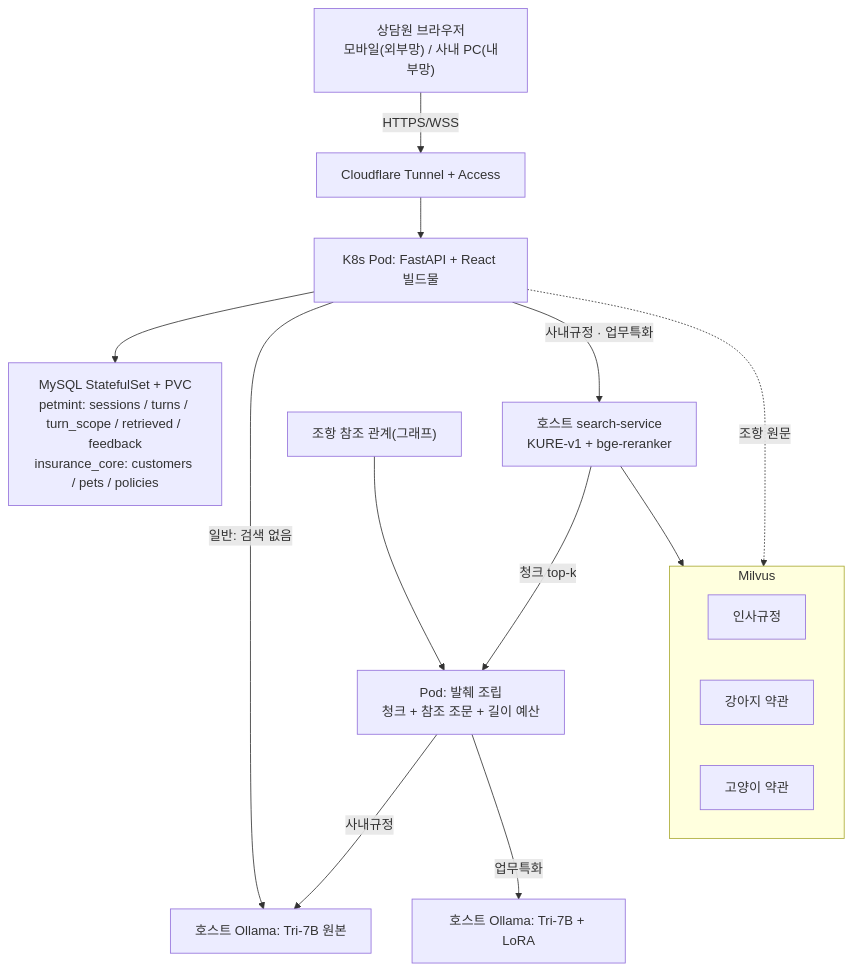
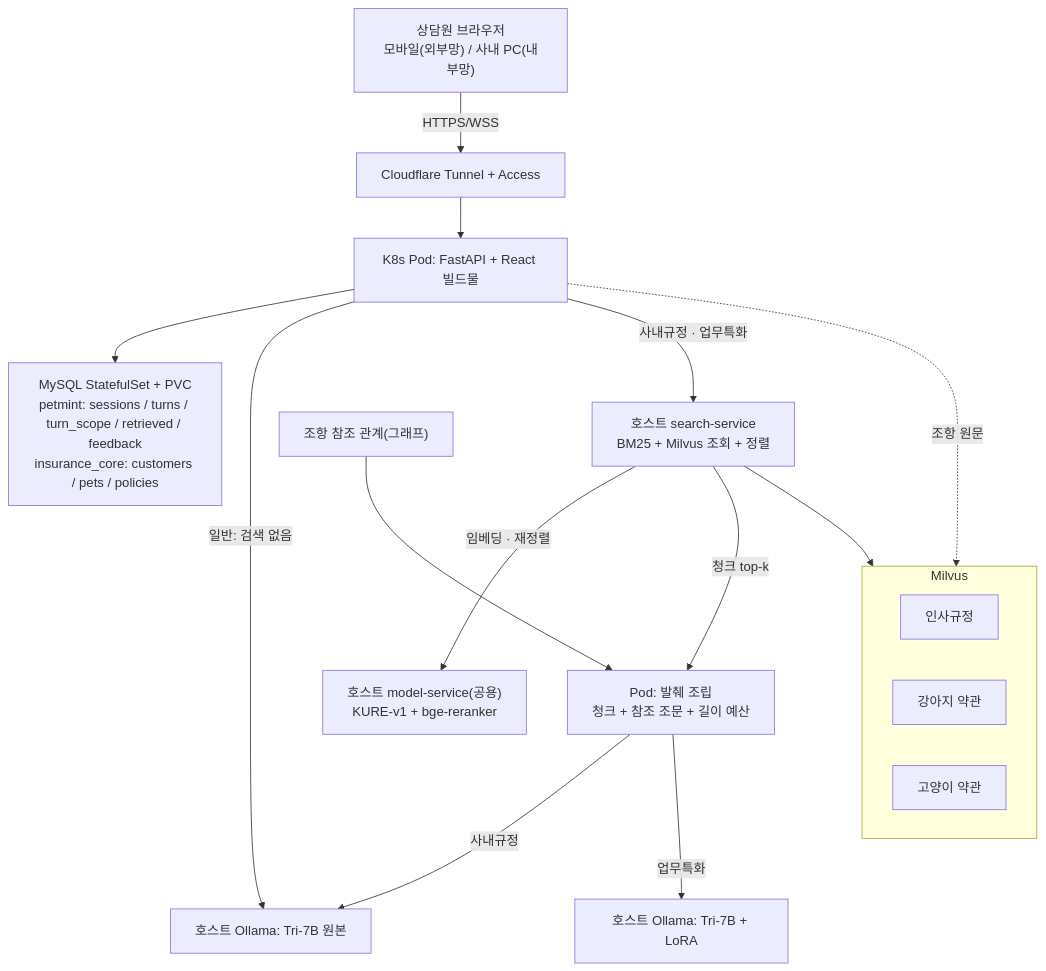
One commit to Gabriel-Joo/petmint-rag-chatbot changed the second of 2 diagrams in docs/pipeline.md. Above: the diagram before and after it, drawn with Mermaid. The commit also changed other lines of this file and 6 other files, not shown here.

````diff
--- a/docs/pipeline.md
+++ b/docs/pipeline.md
@@ -56,30 +56,32 @@
 ```mermaid
 flowchart TD
     A["상담원 브라우저<br/>모바일(외부망) / 사내 PC(내부망)"]
     B["Cloudflare Tunnel + Access"]
     C["K8s Pod: FastAPI + React 빌드물"]
     M["MySQL StatefulSet + PVC<br/>petmint: sessions / turns / turn_scope / retrieved / feedback<br/>insurance_core: customers / pets / policies"]
-    S["호스트 search-service<br/>KURE-v1 + bge-reranker"]
+    S["호스트 search-service<br/>BM25 + Milvus 조회 + 정렬"]
+    MS["호스트 model-service(공용)<br/>KURE-v1 + bge-reranker"]
     I["조항 참조 관계(그래프)"]
     P["Pod: 발췌 조립<br/>청크 + 참조 조문 + 길이 예산"]
     E["호스트 Ollama: Tri-7B 원본"]
     G["호스트 Ollama: Tri-7B + LoRA"]
 
     subgraph MV ["Milvus"]
       H1["인사규정"]
       H2["강아지 약관"]
       H3["고양이 약관"]
     end
 
     A -->|HTTPS/WSS| B
     B --> C
     C --> M
     C -->|일반: 검색 없음| E
     C -->|사내규정 · 업무특화| S
+    S -->|임베딩 · 재정렬| MS
     S --> MV
     S -->|청크 top-k| P
     I --> P
     P -->|사내규정| E
     P -->|업무특화| G
     C -.조항 원문.-> MV
 ```
````
